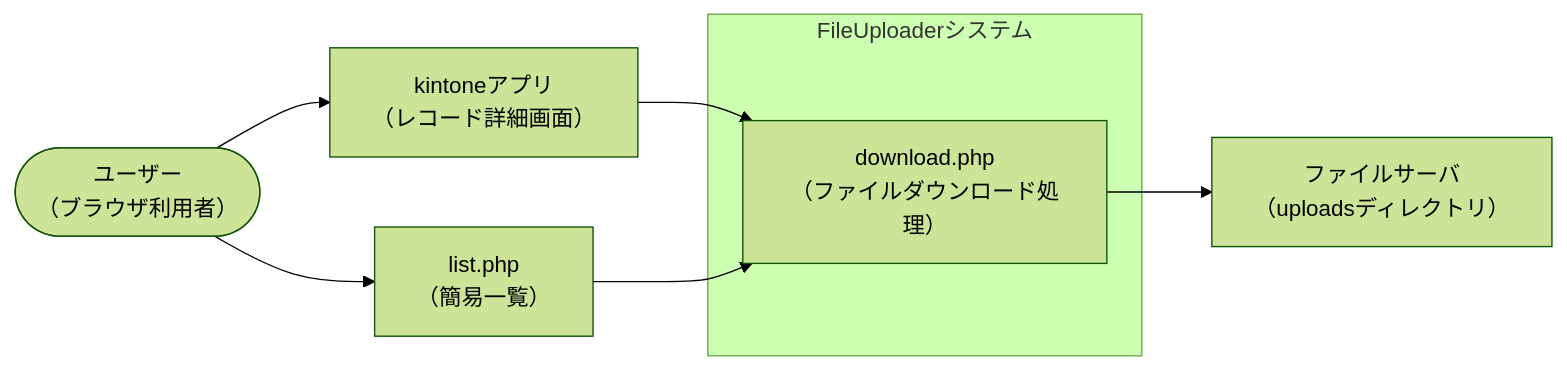
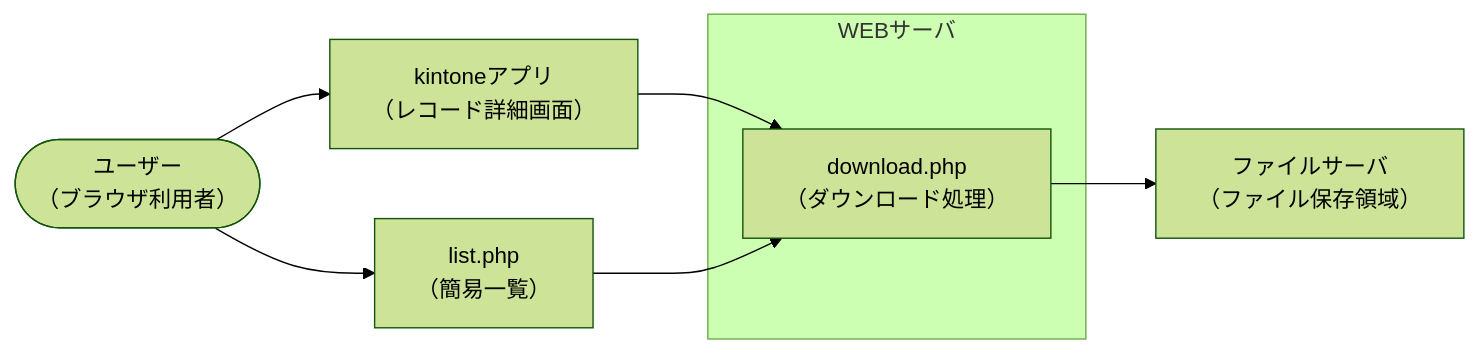
One commit to Kahiro-M/fileUploader4KntnFileSv changed the fifth of 7 diagrams in design.md. Above: the diagram before and after it, drawn with Mermaid (forest theme). The commit also changed other lines of this file, not shown here.

````diff
--- a/design.md
+++ b/design.md
@@ -89,25 +116,25 @@
 ```mermaid
 flowchart LR
     %% アクター
     USR([ユーザー<br>（ブラウザ利用者）])
 
     %% 外部システム（起点）
     KNTN[kintoneアプリ<br>（レコード詳細画面）]
     LST[list.php<br>（簡易一覧）]
 
     %% システム
-    subgraph S[FileUploaderシステム]
-        DL[download.php<br>（ファイルダウンロード処理）]
+    subgraph S[WEBサーバ]
+        DL[download.php<br>（ダウンロード処理）]
     end
 
     %% 外部システム（ファイル格納）
-    FS[ファイルサーバ<br>（uploadsディレクトリ）]
+    FS[ファイルサーバ<br>（ファイル保存領域）]
 
     %% 矢印
     USR --> KNTN
     USR --> LST
     KNTN --> DL
     LST --> DL
     DL --> FS
 
 ```
````
